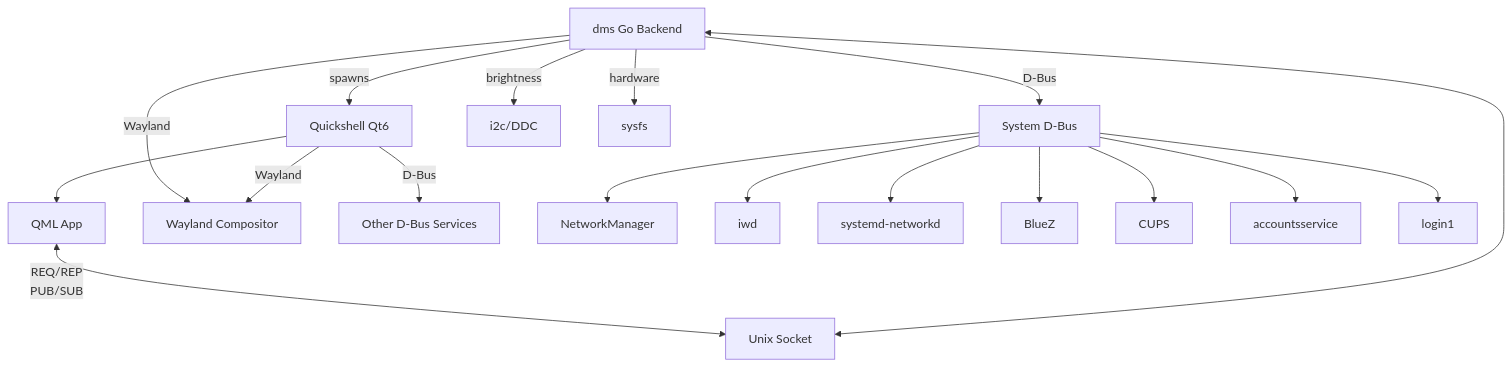
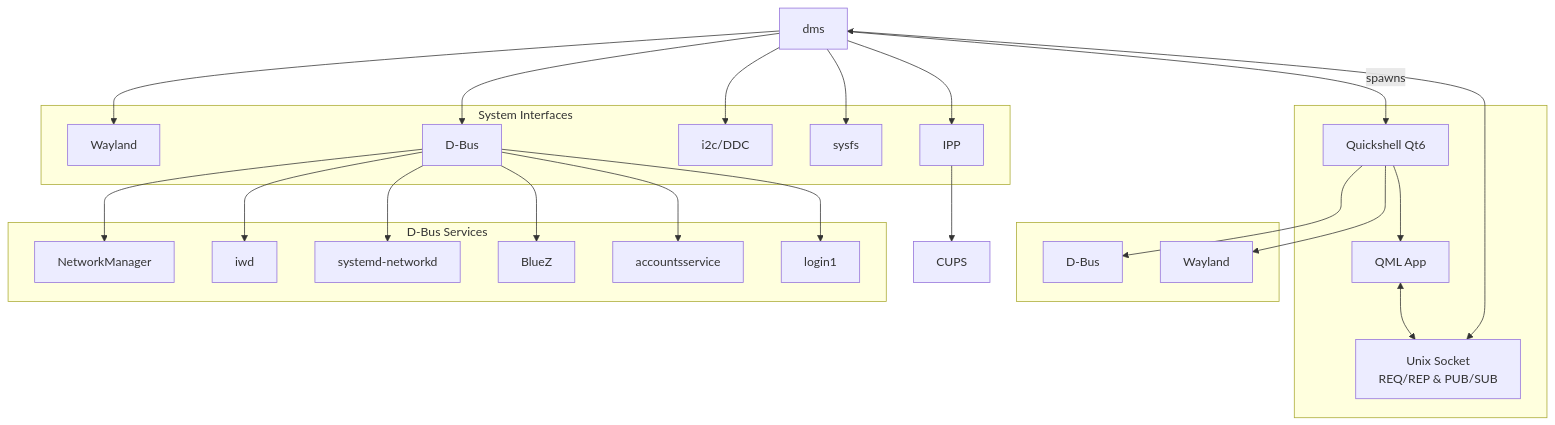
The diagram in docs/dankmaterialshell/overview.mdx (AvengeMedia/DankLinux-Docs), drawn with Mermaid before and after one commit. The commit also changed 1 other file, not shown here.

Commit message:
update mermaid chart

````diff
--- a/docs/dankmaterialshell/overview.mdx
+++ b/docs/dankmaterialshell/overview.mdx
@@ -51,32 +51,57 @@
 ```mermaid
-flowchart TD
-    DMS[dms Go Backend]
-    QS[Quickshell Qt6]
-    QML[QML App]
-    SOCK[Unix Socket]
+flowchart TB
+    DMS[dms]
 
-    WL[Wayland Compositor]
-    DBUS[System D-Bus]
-    I2C[i2c/DDC]
-    SYSFS[sysfs]
+    subgraph UI[" "]
+        QS[Quickshell Qt6]
+        QML[QML App]
+        SOCK[Unix Socket<br/>REQ/REP & PUB/SUB]
+    end
+
+    subgraph SystemInterfaces["System Interfaces"]
+        WL[Wayland]
+        DBUS_DMS[D-Bus]
+        I2C[i2c/DDC]
+        SYSFS[sysfs]
+        IPP[IPP]
+    end
+
+    subgraph QuickshellInterfaces[" "]
+        DBUS_QS[D-Bus]
+        WL_QS[Wayland]
+    end
+
+    subgraph DBusServices["D-Bus Services"]
+        NM[NetworkManager]
+        IWD[iwd]
+        NETD[systemd-networkd]
+        BLZ[BlueZ]
+        ACC[accountsservice]
+        LOGIN[login1]
+    end
+
+    CUPS[CUPS]
 
     DMS -->|spawns| QS
     QS --> QML
-    QML <-->|REQ/REP<br/>PUB/SUB| SOCK
+    QML <--> SOCK
     SOCK <--> DMS
 
-    DMS -->|D-Bus| DBUS
-    DMS -->|Wayland| WL
-    DMS -->|brightness| I2C
-    DMS -->|hardware| SYSFS
-    QS -->|D-Bus| DBUS_OTHER[Other D-Bus Services]
-    QS -->|Wayland| WL
+    DMS --> WL
+    DMS --> DBUS_DMS
+    DMS --> I2C
+    DMS --> SYSFS
+    DMS --> IPP
 
-    DBUS --> NM[NetworkManager]
-    DBUS --> IWD[iwd]
-    DBUS --> NETD[systemd-networkd]
-    DBUS --> BLZ[BlueZ]
-    DBUS --> CUPS[CUPS]
-    DBUS --> ACC[accountsservice]
-    DBUS --> LOGIN[login1]
+    QS --> DBUS_QS
+    QS --> WL_QS
+
+    DBUS_DMS --> NM
+    DBUS_DMS --> IWD
+    DBUS_DMS --> NETD
+    DBUS_DMS --> BLZ
+    DBUS_DMS --> ACC
+    DBUS_DMS --> LOGIN
+
+    IPP --> CUPS
 ```
````
